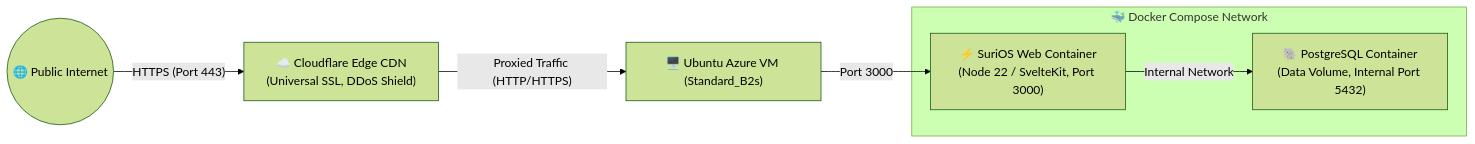
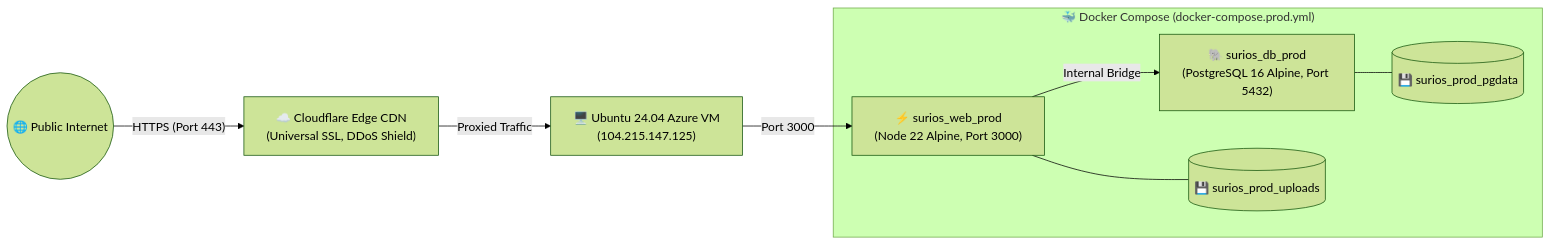
Before and after one commit to Auvryy/surios-ai: the third of 3 diagrams in docs/ARCHITECTURE.md, drawn with Mermaid (forest theme). The commit also changed other lines of this file and 5 other files, not shown here.

Commit message:
docs(vision): synchronize architecture, SDG rubric defense, and README quickstart

````diff
--- a/docs/ARCHITECTURE.md
+++ b/docs/ARCHITECTURE.md
@@ -112,13 +143,17 @@
 ```mermaid
 flowchart LR
     Internet((🌐 Public Internet)) -->|"HTTPS (Port 443)"| CF["☁️ Cloudflare Edge CDN<br/>(Universal SSL, DDoS Shield)"]
-    CF -->|"Proxied Traffic (HTTP/HTTPS)"| AzureVM["🖥️ Ubuntu Azure VM (Standard_B2s)"]
+    CF -->|"Proxied Traffic"| AzureVM["🖥️ Ubuntu 24.04 Azure VM<br/>(104.215.147.125)"]
 
-    subgraph DockerCompose["🐳 Docker Compose Network"]
-        AppContainer["⚡ SuriOS Web Container<br/>(Node 22 / SvelteKit, Port 3000)"]
-        DBContainer["🐘 PostgreSQL Container<br/>(Data Volume, Internal Port 5432)"]
+    subgraph DockerCompose["🐳 Docker Compose (docker-compose.prod.yml)"]
+        AppContainer["⚡ surios_web_prod<br/>(Node 22 Alpine, Port 3000)"]
+        DBContainer["🐘 surios_db_prod<br/>(PostgreSQL 16 Alpine, Port 5432)"]
+        UploadsVol[("💾 surios_prod_uploads")]
+        PgDataVol[("💾 surios_prod_pgdata")]
     end
 
     AzureVM -->|"Port 3000"| AppContainer
-    AppContainer -->|"Internal Network"| DBContainer
+    AppContainer -->|"Internal Bridge"| DBContainer
+    AppContainer --- UploadsVol
+    DBContainer --- PgDataVol
 ```
````
